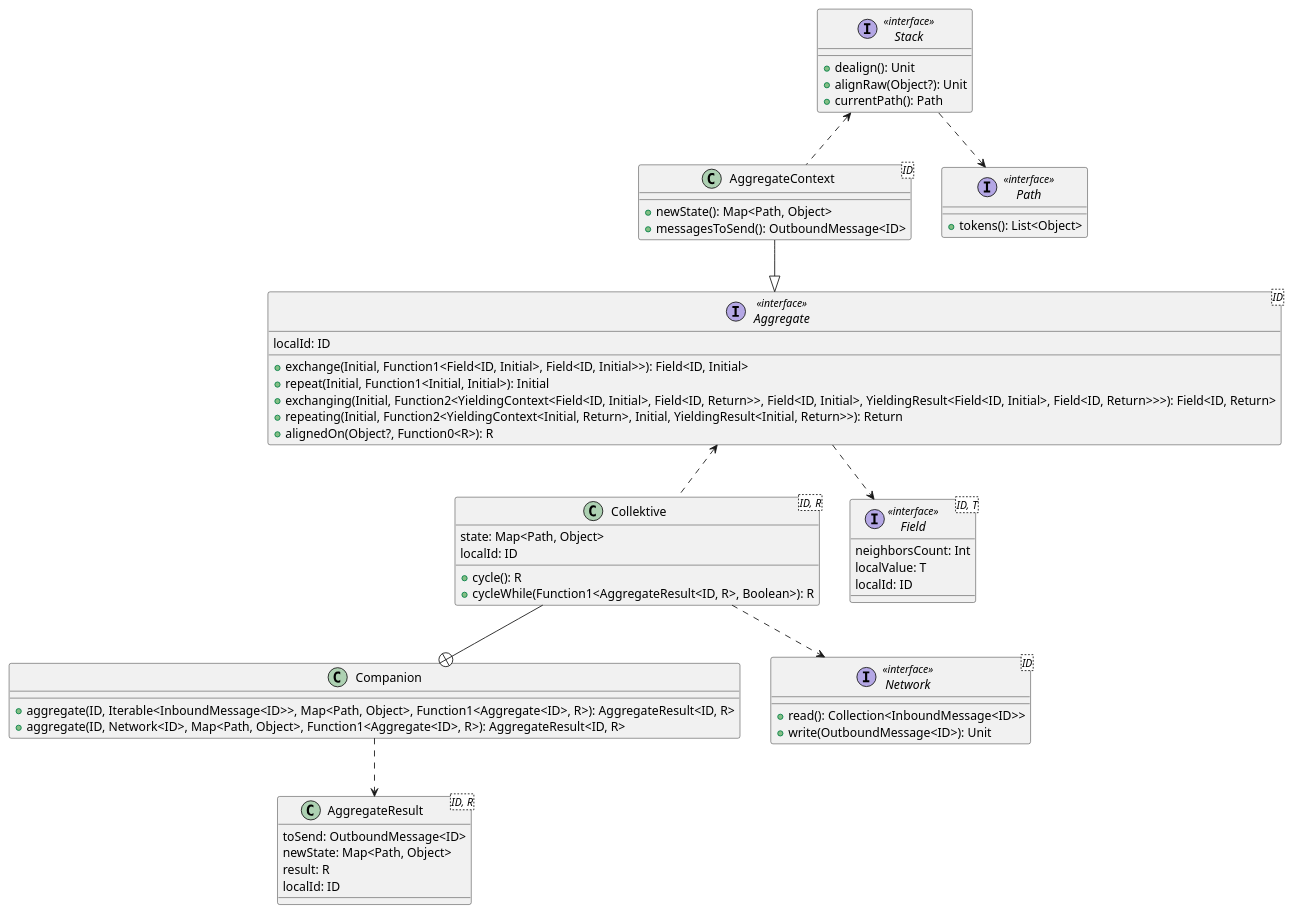
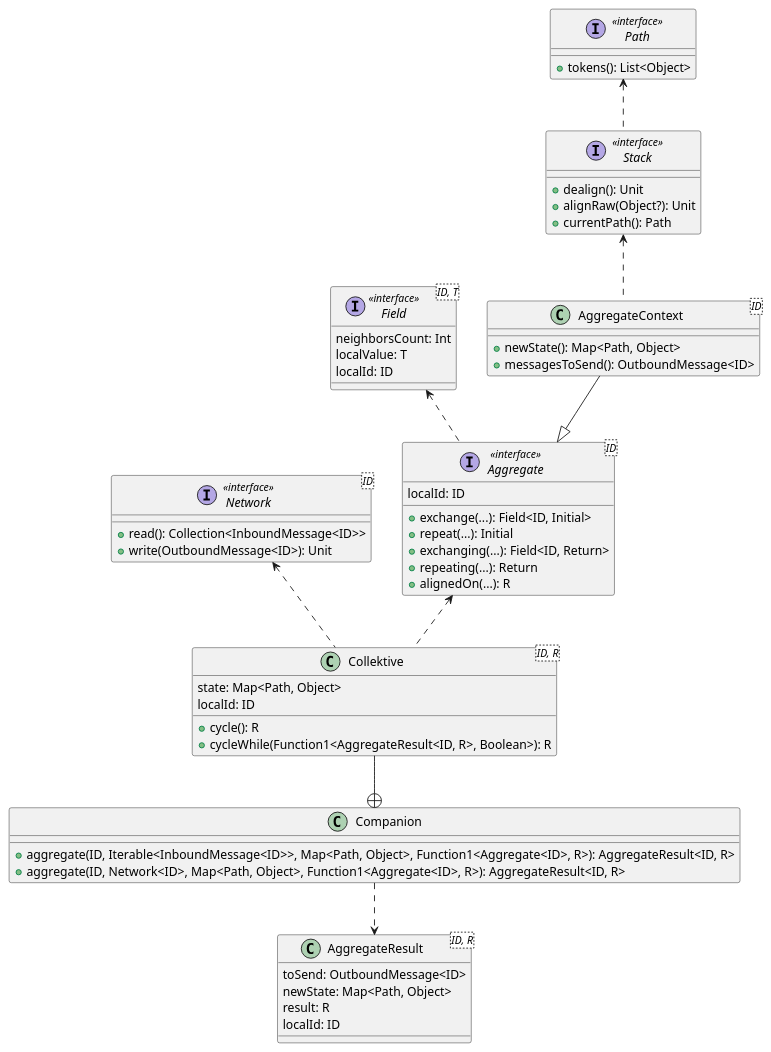
Before and after one commit to FilippoVissani/master-thesis: the diagram in diagrams/collektive-design.puml, drawn with PlantUML. The commit also changed 12 other files, not shown here.

```diff
--- a/diagrams/collektive-design.puml
+++ b/diagrams/collektive-design.puml
@@ -1,66 +1,66 @@
 @startuml
 
 interface Aggregate<ID> << interface >> {
-  + exchange(Initial, Function1<Field<ID, Initial>, Field<ID, Initial>>): Field<ID, Initial>
-  + repeat(Initial, Function1<Initial, Initial>): Initial
-  + exchanging(Initial, Function2<YieldingContext<Field<ID, Initial>, Field<ID, Return>>, Field<ID, Initial>, YieldingResult<Field<ID, Initial>, Field<ID, Return>>>): Field<ID, Return>
-  + repeating(Initial, Function2<YieldingContext<Initial, Return>, Initial, YieldingResult<Initial, Return>>): Return
-  + alignedOn(Object?, Function0<R>): R
+  + exchange(...): Field<ID, Initial>
+  + repeat(...): Initial
+  + exchanging(...): Field<ID, Return>
+  + repeating(...): Return
+  + alignedOn(...): R
    localId: ID
 }
 
 class AggregateContext<ID> {
   + newState(): Map<Path, Object>
   + messagesToSend(): OutboundMessage<ID>
 }
 
 class AggregateResult<ID, R> {
    toSend: OutboundMessage<ID>
    newState: Map<Path, Object>
    result: R
    localId: ID
 }
 
 class Collektive<ID, R> {
   + cycle(): R
   + cycleWhile(Function1<AggregateResult<ID, R>, Boolean>): R
    state: Map<Path, Object>
    localId: ID
 }
 
 class Companion {
   + aggregate(ID, Iterable<InboundMessage<ID>>, Map<Path, Object>, Function1<Aggregate<ID>, R>): AggregateResult<ID, R>
   + aggregate(ID, Network<ID>, Map<Path, Object>, Function1<Aggregate<ID>, R>): AggregateResult<ID, R>
 }
 
 interface Stack << interface >> {
   + dealign(): Unit
   + alignRaw(Object?): Unit
   + currentPath(): Path
 }
 
 interface Path << interface >> {
   + tokens(): List<Object>
 }
 
 interface Field<ID, T> << interface >> {
    neighborsCount: Int
    localValue: T
    localId: ID
 }
 
 interface Network<ID> << interface >> {
   + read(): Collection<InboundMessage<ID>>
   + write(OutboundMessage<ID>): Unit
 }
 
 Collektive --+ Companion
 AggregateContext --|> Aggregate
 Companion ..> AggregateResult
-Aggregate ..> Field
+Aggregate .up.> Field
 Collektive .up.> Aggregate
-Collektive ..> Network
-Stack ..> Path
+Collektive .up.> Network
+Stack .up.> Path
 AggregateContext .up.> Stack
 
 @enduml
```
